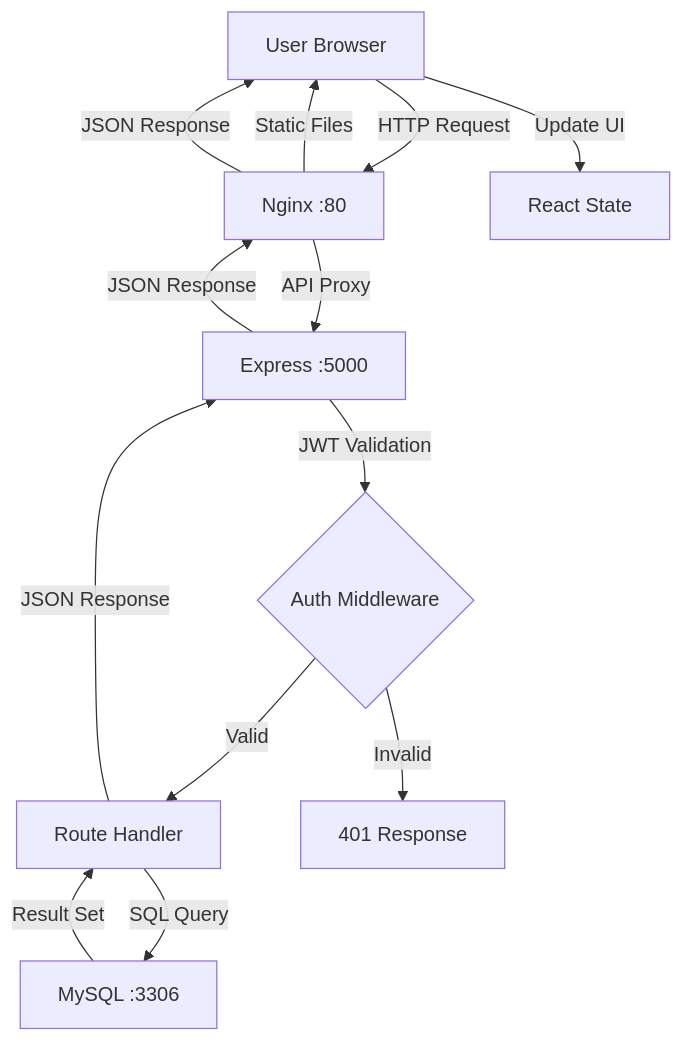
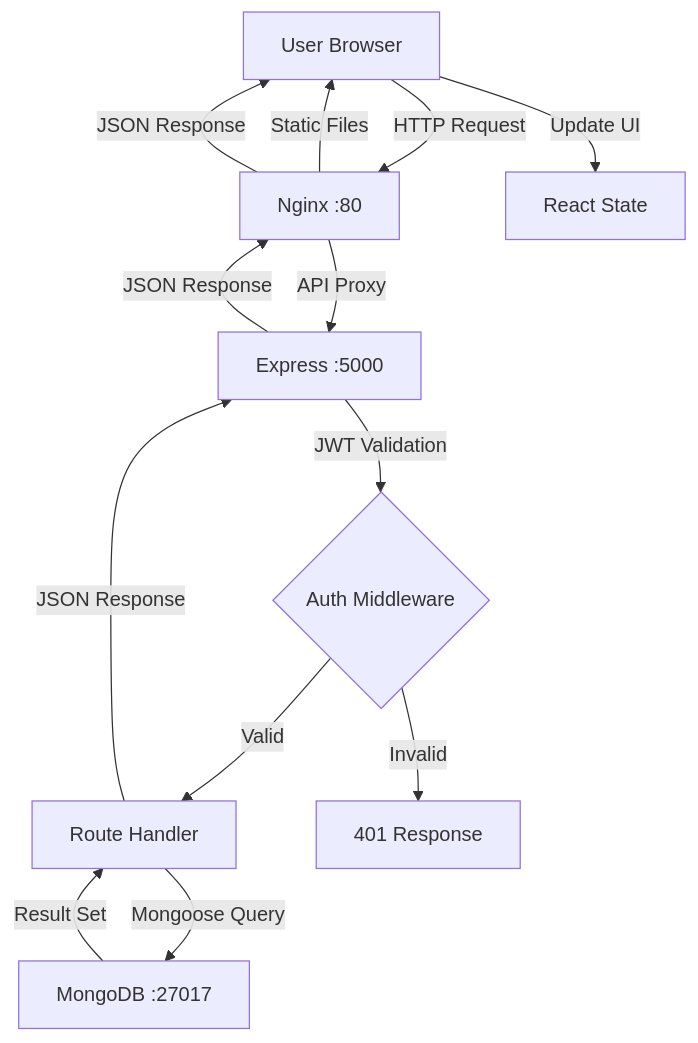
Before and after one commit to adhisworsharma-oss/learnnova: diagram 11 of 11 in docs/flowcharts.md, drawn with Mermaid. The commit also changed other lines of this file and 27 other files, not shown here.

````diff
--- a/docs/flowcharts.md
+++ b/docs/flowcharts.md
@@ -272,15 +274,15 @@
 ```mermaid
 flowchart TD
     A[User Browser] -->|HTTP Request| B[Nginx :80]
     B -->|Static Files| A
     B -->|API Proxy| C[Express :5000]
     C -->|JWT Validation| D{Auth Middleware}
     D -->|Valid| E[Route Handler]
     D -->|Invalid| F[401 Response]
-    E -->|SQL Query| G[MySQL :3306]
+    E -->|Mongoose Query| G[MongoDB :27017]
     G -->|Result Set| E
     E -->|JSON Response| C
     C -->|JSON Response| B
     B -->|JSON Response| A
     A -->|Update UI| H[React State]
 ```
````
